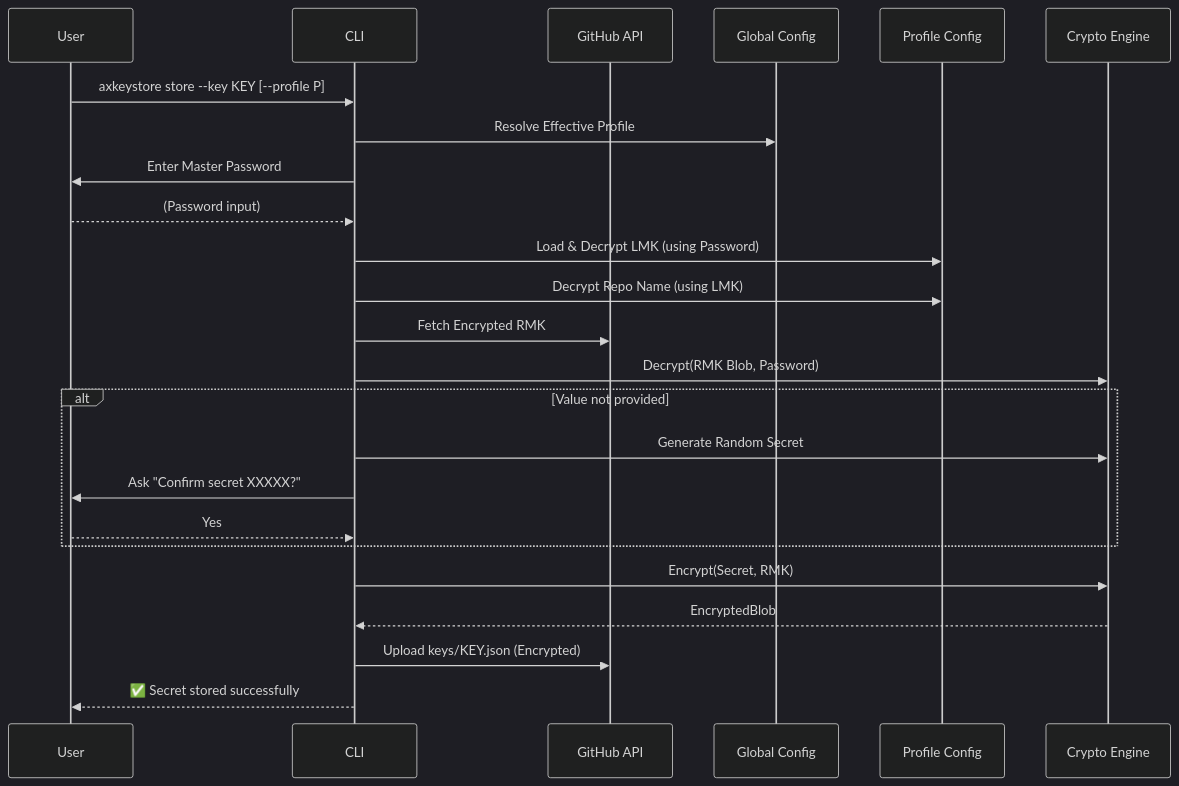
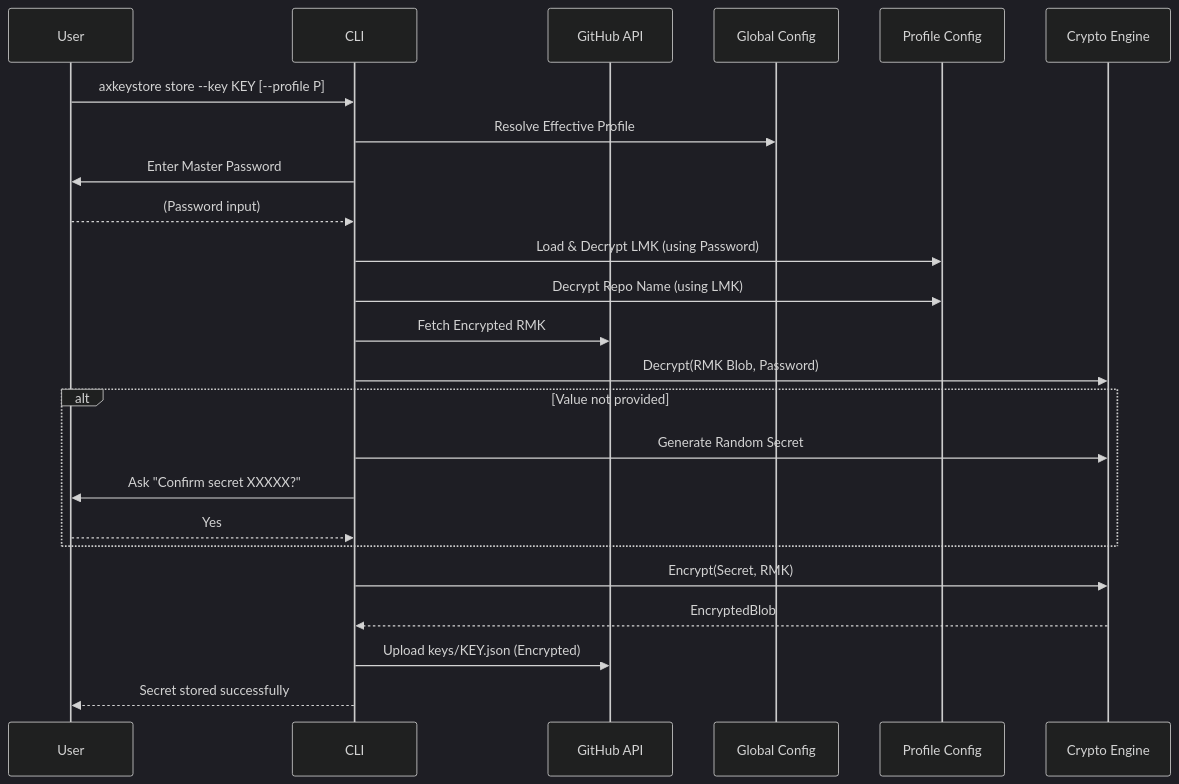
Before and after one commit to basilgregory/axkeystore: the third of 8 diagrams in README.md, drawn with Mermaid (dark theme). The commit also changed other lines of this file and 4 other files, not shown here.

````diff
--- a/README.md
+++ b/README.md
@@ -368,27 +368,27 @@
 ```mermaid
 sequenceDiagram
     participant U as User
     participant C as CLI
     participant G as GitHub API
     participant GC as Global Config
     participant PC as Profile Config
     participant CR as Crypto Engine
 
     U->>C: axkeystore store --key KEY [--profile P]
     C->>GC: Resolve Effective Profile
     C->>U: Enter Master Password
     U-->>C: (Password input)
     C->>PC: Load & Decrypt LMK (using Password)
     C->>PC: Decrypt Repo Name (using LMK)
     C->>G: Fetch Encrypted RMK
     C->>CR: Decrypt(RMK Blob, Password)
     alt Value not provided
         C->>CR: Generate Random Secret
         C->>U: Ask "Confirm secret XXXXX?"
         U-->>C: Yes
     end
     C->>CR: Encrypt(Secret, RMK)
     CR-->>C: EncryptedBlob
     C->>G: Upload keys/KEY.json (Encrypted)
-    C-->>U: ✅ Secret stored successfully
+    C-->>U: Secret stored successfully
 ```
````
